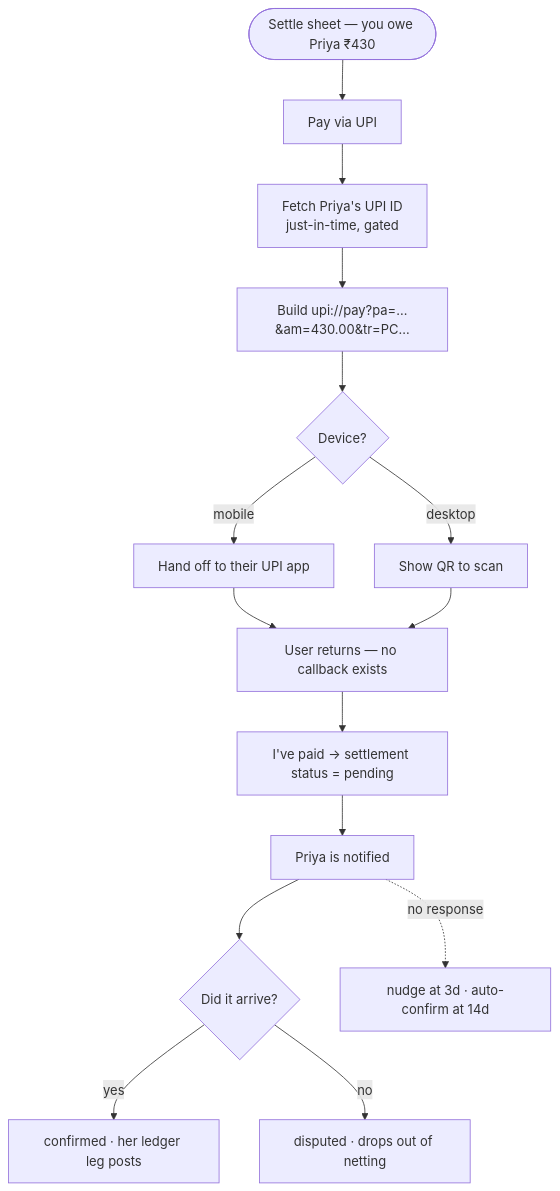
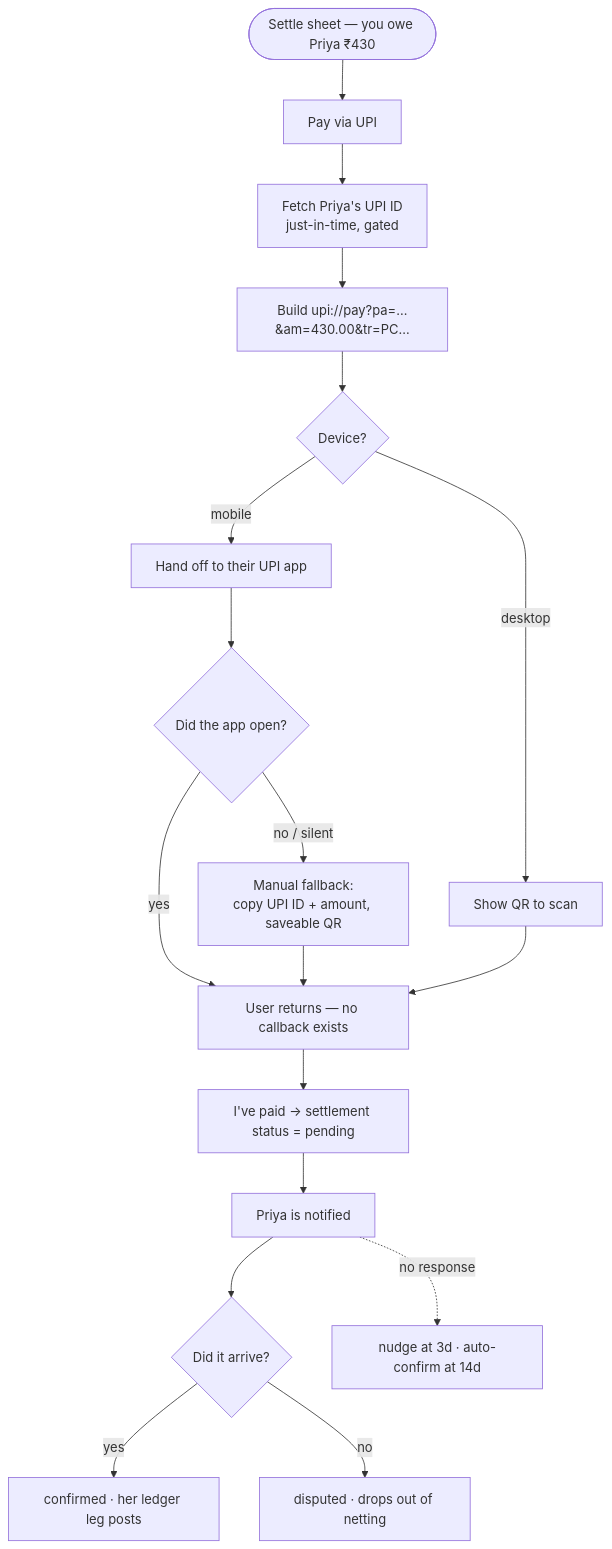
The first of 2 diagrams in docs/features/upi-settle-up.md (replyto-pocketcare/pocketcare-app), drawn with Mermaid before and after one commit. The commit also changed other lines of this file and 5 other files, not shown here.

First line of the commit message:
feat(payments): manual fallback when the UPI deep link doesn't fire

````diff
--- a/docs/features/upi-settle-up.md
+++ b/docs/features/upi-settle-up.md
@@ -9,17 +9,20 @@
 ```mermaid
 flowchart TD
     S([Settle sheet — you owe Priya ₹430]) --> Pay[Pay via UPI]
     Pay --> Fetch[Fetch Priya's UPI ID<br/>just-in-time, gated]
     Fetch --> Build["Build upi://pay?pa=…&am=430.00&tr=PC…"]
     Build --> M{Device?}
     M -- mobile --> App[Hand off to their UPI app]
     M -- desktop --> QR[Show QR to scan]
-    App --> Back[User returns — no callback exists]
+    App --> Opened{Did the app open?}
+    Opened -- no / silent --> Manual[Manual fallback:<br/>copy UPI ID + amount, saveable QR]
+    Opened -- yes --> Back[User returns — no callback exists]
+    Manual --> Back
     QR --> Back
     Back --> Claim["I've paid" → settlement status = pending]
     Claim --> Notify[Priya is notified]
     Notify --> Check{Did it arrive?}
     Check -- yes --> Conf[confirmed · her ledger leg posts]
     Check -- no --> Disp[disputed · drops out of netting]
     Notify -. no response .-> Sweep[nudge at 3d · auto-confirm at 14d]
 ```
````
